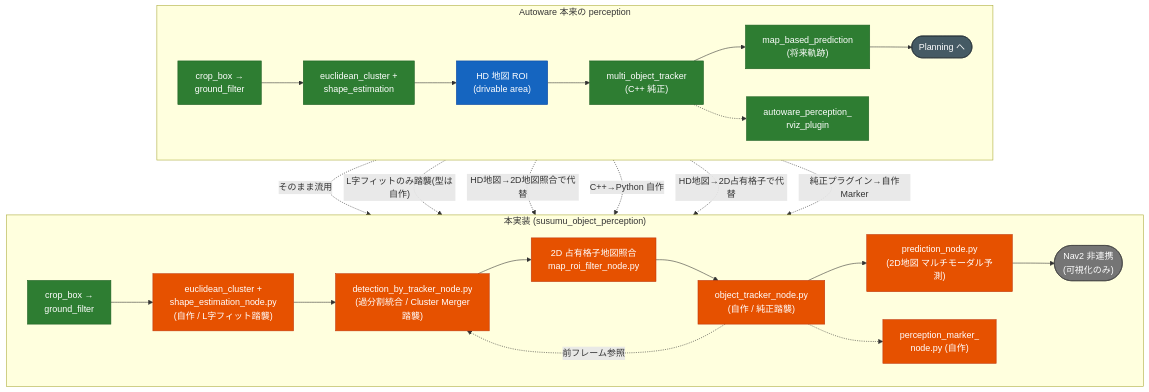
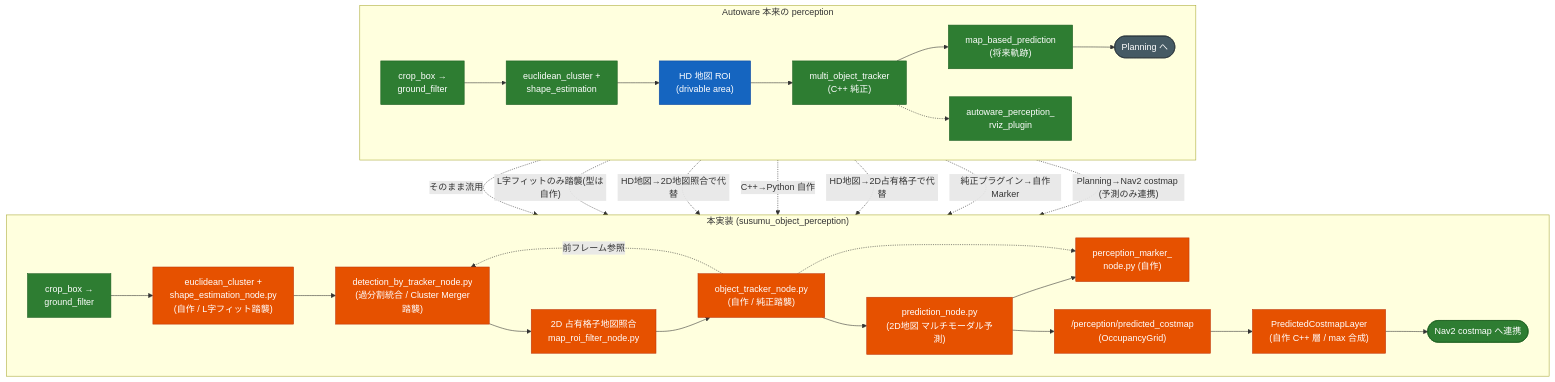
One commit to sato-susumu/susumu_object_perception changed the sixth of 6 diagrams in docs/software_design.md. Above: the diagram before and after it, drawn with Mermaid. The commit also changed other lines of this file and 14 other files, not shown here.

First line of the commit message:
Webots 起動 launch 群を追加 + ドキュメントを表・Mermaid化

````diff
--- a/docs/software_design.md
+++ b/docs/software_design.md
@@ -324,43 +335,48 @@
 ```mermaid
 flowchart TB
     subgraph AW["Autoware 本来の perception"]
         direction LR
-        A_pre["crop_box →\nground_filter"]:::aw
-        A_det["euclidean_cluster +\nshape_estimation"]:::aw
-        A_roi["HD 地図 ROI\n(drivable area)"]:::hd
-        A_trk["multi_object_tracker\n(C++ 純正)"]:::aw
-        A_pred["map_based_prediction\n(将来軌跡)"]:::aw
-        A_viz["autoware_perception_\nrviz_plugin"]:::aw
+        A_pre["crop_box →<br/>ground_filter"]:::aw
+        A_det["euclidean_cluster +<br/>shape_estimation"]:::aw
+        A_roi["HD 地図 ROI<br/>(drivable area)"]:::hd
+        A_trk["multi_object_tracker<br/>(C++ 純正)"]:::aw
+        A_pred["map_based_prediction<br/>(将来軌跡)"]:::aw
+        A_viz["autoware_perception_<br/>rviz_plugin"]:::aw
         A_out(["Planning へ"]):::ext
         A_pre --> A_det --> A_roi --> A_trk --> A_pred --> A_out
         A_trk -.-> A_viz
     end
 
     subgraph SS["本実装 (susumu_object_perception)"]
         direction LR
-        S_pre["crop_box →\nground_filter"]:::aw
-        S_det["euclidean_cluster +\nshape_estimation_node.py\n(自作 / L字フィット踏襲)"]:::own
-        S_dbt["detection_by_tracker_node.py\n(過分割統合 / Cluster Merger踏襲)"]:::own
-        S_roi["2D 占有格子地図照合\nmap_roi_filter_node.py"]:::own
-        S_trk["object_tracker_node.py\n(自作 / 純正踏襲)"]:::own
-        S_pred["prediction_node.py\n(2D地図 マルチモーダル予測)"]:::own
-        S_viz["perception_marker_\nnode.py (自作)"]:::own
-        S_out(["Nav2 非連携\n(可視化のみ)"]):::skip
-        S_pre --> S_det --> S_dbt --> S_roi --> S_trk --> S_pred --> S_out
+        S_pre["crop_box →<br/>ground_filter"]:::aw
+        S_det["euclidean_cluster +<br/>shape_estimation_node.py<br/>(自作 / L字フィット踏襲)"]:::own
+        S_dbt["detection_by_tracker_node.py<br/>(過分割統合 / Cluster Merger踏襲)"]:::own
+        S_roi["2D 占有格子地図照合<br/>map_roi_filter_node.py"]:::own
+        S_trk["object_tracker_node.py<br/>(自作 / 純正踏襲)"]:::own
+        S_pred["prediction_node.py<br/>(2D地図 マルチモーダル予測)"]:::own
+        S_viz["perception_marker_<br/>node.py (自作)"]:::own
+        S_cm["/perception/predicted_costmap<br/>(OccupancyGrid)"]:::own
+        S_layer["PredictedCostmapLayer<br/>(自作 C++ 層 / max 合成)"]:::own
+        S_nav(["Nav2 costmap へ連携"]):::aw
+        S_pre --> S_det --> S_dbt --> S_roi --> S_trk --> S_pred
+        S_pred --> S_viz
+        S_pred --> S_cm --> S_layer --> S_nav
         S_trk -.->|前フレーム参照| S_dbt
         S_trk -.-> S_viz
     end
 
     A_pre -. "そのまま流用" .-> S_pre
     A_det -. "L字フィットのみ踏襲(型は自作)" .-> S_det
     A_roi -. "HD地図→2D地図照合で代替" .-> S_roi
     A_trk -. "C++→Python 自作" .-> S_trk
     A_pred -. "HD地図→2D占有格子で代替" .-> S_pred
     A_viz -. "純正プラグイン→自作Marker" .-> S_viz
+    A_out -. "Planning→Nav2 costmap (予測のみ連携)" .-> S_nav
 
     classDef aw fill:#2e7d32,stroke:#1b5e20,color:#fff;
     classDef own fill:#e65100,stroke:#bf360c,color:#fff;
     classDef hd fill:#1565c0,stroke:#0d47a1,color:#fff;
     classDef skip fill:#757575,stroke:#424242,color:#fff;
     classDef ext fill:#455a64,stroke:#263238,color:#fff;
 ```
````
